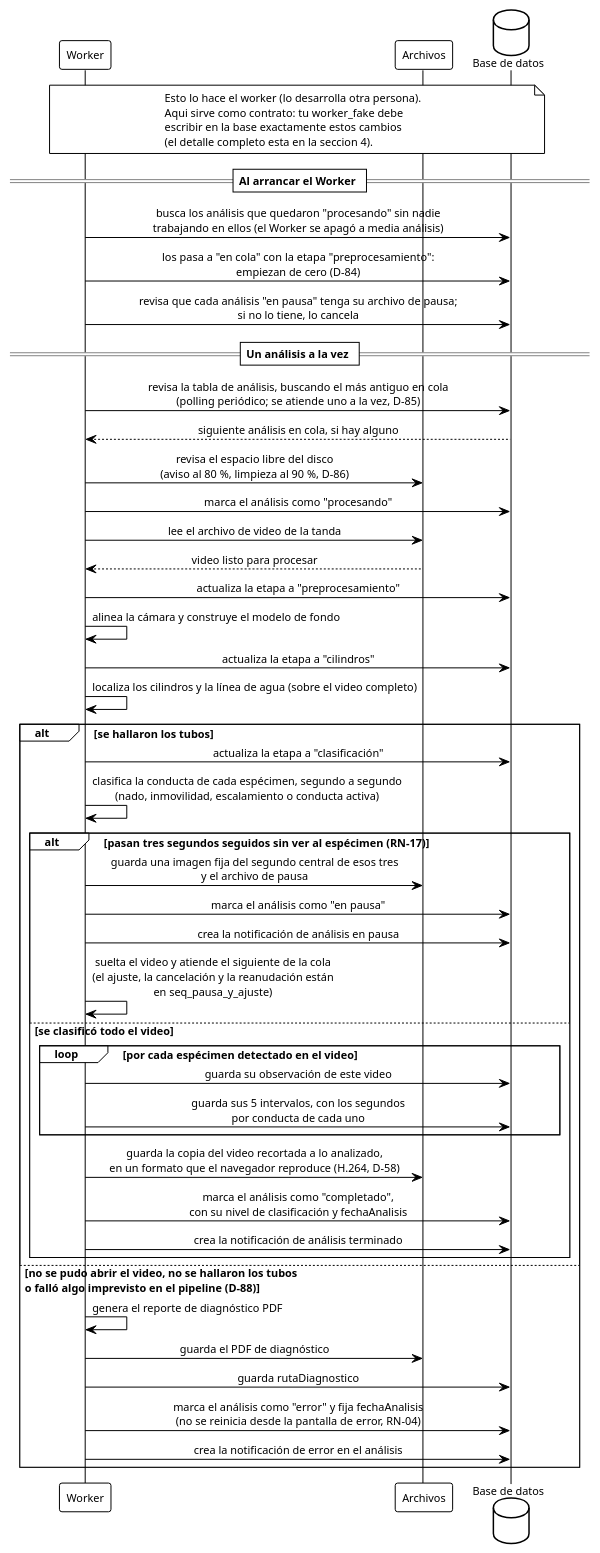
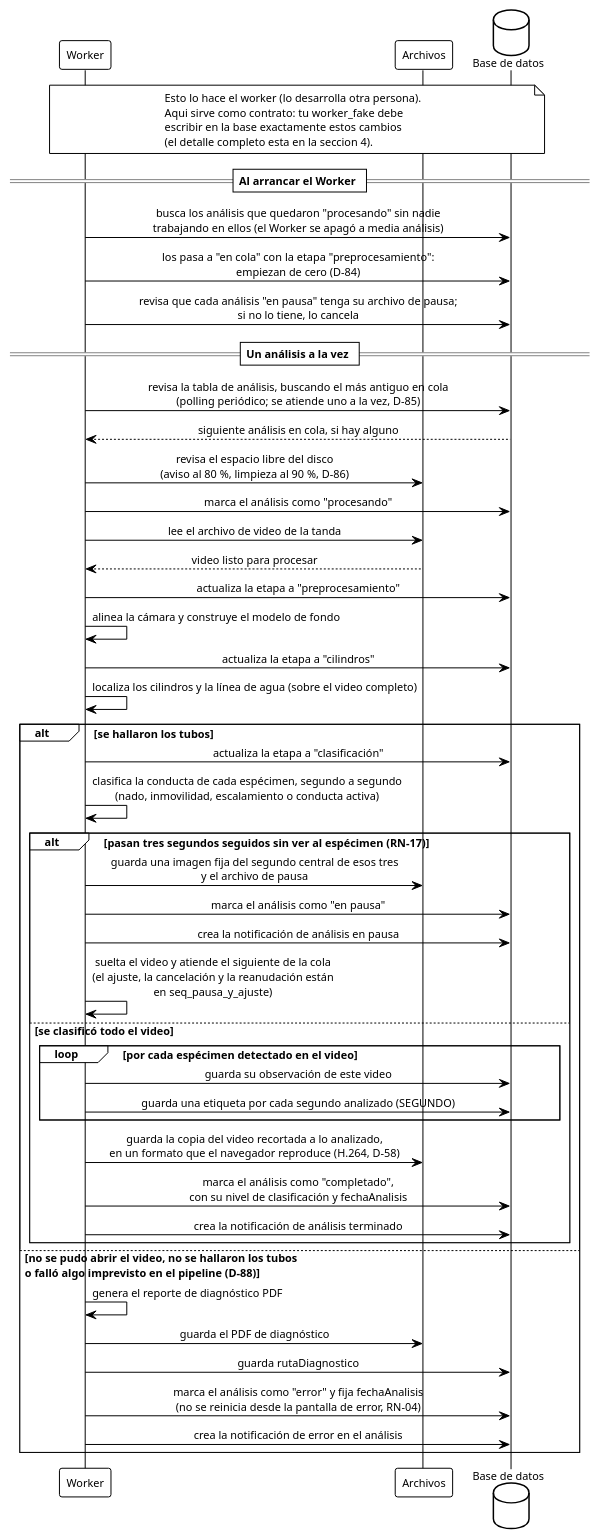
Diagram 31 of 39 in INSTRUCCIONES-WEB.md (ErickJester/fst-ai-system-latex), drawn with PlantUML before and after one commit. The commit also changed other lines of this file and 45 other files, not shown here.

````diff
--- a/INSTRUCCIONES-WEB.md
+++ b/INSTRUCCIONES-WEB.md
@@ -2712,69 +2669,69 @@
 ```plantuml
 @startuml seq_analisis_automatico
 !theme plain
 skinparam defaultFontName Arial
 skinparam defaultFontSize 11
 skinparam shadowing false
 skinparam sequenceMessageAlign center
 skinparam BoxPadding 10
 participant Worker as w
 participant "Archivos" as fs
 database "Base de datos" as db
 
 note over w, db
   Esto lo hace el worker (lo desarrolla otra persona).
   Aqui sirve como contrato: tu worker_fake debe
   escribir en la base exactamente estos cambios
   (el detalle completo esta en la seccion 4).
 end note
 
 == Al arrancar el Worker ==
 
 w -> db: busca los análisis que quedaron "procesando" sin nadie\ntrabajando en ellos (el Worker se apagó a media análisis)
 w -> db: los pasa a "en cola" con la etapa "preprocesamiento":\nempiezan de cero (D-84)
 w -> db: revisa que cada análisis "en pausa" tenga su archivo de pausa;\nsi no lo tiene, lo cancela
 
 == Un análisis a la vez ==
 
 w -> db: revisa la tabla de análisis, buscando el más antiguo en cola\n(polling periódico; se atiende uno a la vez, D-85)
 db --> w: siguiente análisis en cola, si hay alguno
 w -> fs: revisa el espacio libre del disco\n(aviso al 80 %, limpieza al 90 %, D-86)
 w -> db: marca el análisis como "procesando"
 
 w -> fs: lee el archivo de video de la tanda
 fs --> w: video listo para procesar
 
 w -> db: actualiza la etapa a "preprocesamiento"
 w -> w: alinea la cámara y construye el modelo de fondo
 
 w -> db: actualiza la etapa a "cilindros"
 w -> w: localiza los cilindros y la línea de agua (sobre el video completo)
 
 alt se hallaron los tubos
   w -> db: actualiza la etapa a "clasificación"
   w -> w: clasifica la conducta de cada espécimen, segundo a segundo\n(nado, inmovilidad, escalamiento o conducta activa)
   alt pasan tres segundos seguidos sin ver al espécimen (RN-17)
     w -> fs: guarda una imagen fija del segundo central de esos tres\ny el archivo de pausa
     w -> db: marca el análisis como "en pausa"
     w -> db: crea la notificación de análisis en pausa
     w -> w: suelta el video y atiende el siguiente de la cola\n(el ajuste, la cancelación y la reanudación están\nen seq_pausa_y_ajuste)
   else se clasificó todo el video
 
     loop por cada espécimen detectado en el video
       w -> db: guarda su observación de este video
-      w -> db: guarda sus 5 intervalos, con los segundos\npor conducta de cada uno
+      w -> db: guarda una etiqueta por cada segundo analizado (SEGUNDO)
     end
 
     w -> fs: guarda la copia del video recortada a lo analizado,\nen un formato que el navegador reproduce (H.264, D-58)
     w -> db: marca el análisis como "completado",\ncon su nivel de clasificación y fechaAnalisis
     w -> db: crea la notificación de análisis terminado
   end
 else no se pudo abrir el video, no se hallaron los tubos\no falló algo imprevisto en el pipeline (D-88)
   w -> w: genera el reporte de diagnóstico PDF
   w -> fs: guarda el PDF de diagnóstico
   w -> db: guarda rutaDiagnostico
   w -> db: marca el análisis como "error" y fija fechaAnalisis\n(no se reinicia desde la pantalla de error, RN-04)
   w -> db: crea la notificación de error en el análisis
 end
 @enduml
 ```
````
